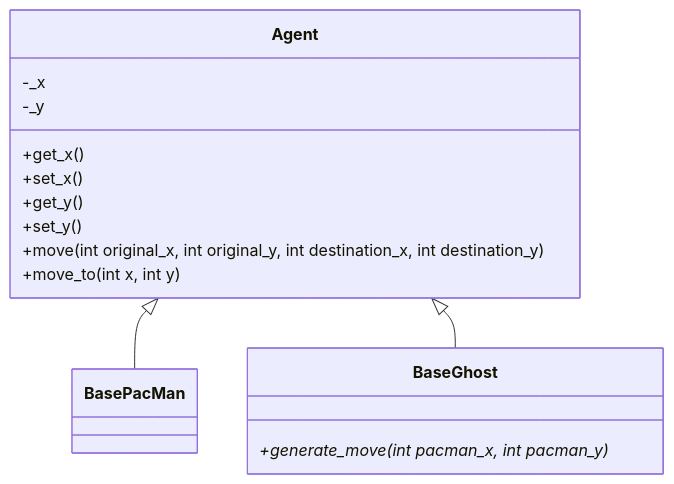
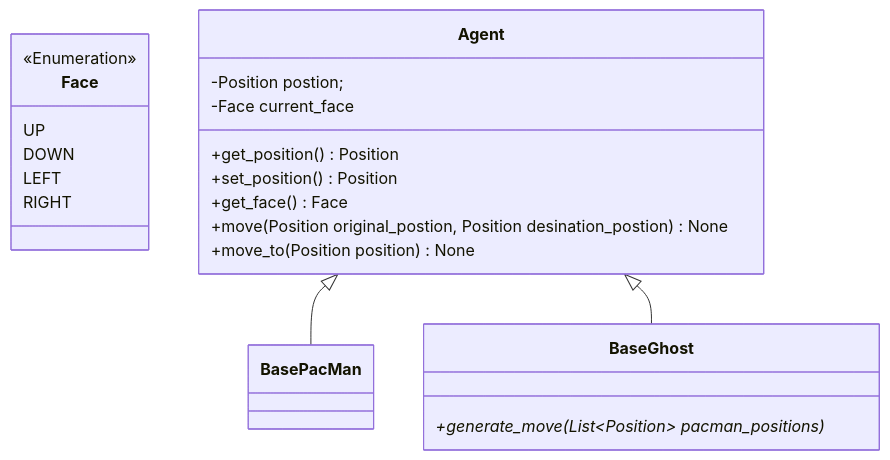
The second of 6 diagrams in core/structure.md (GrandTiger1729/pac-man), drawn with Mermaid before and after one commit. The commit also changed other lines of this file, not shown here.

````diff
--- a/core/structure.md
+++ b/core/structure.md
@@ -6,27 +21,34 @@
 ```mermaid
 classDiagram
 
+    class Face {
+        UP
+        DOWN
+        LEFT
+        RIGHT
+    }
+    <<Enumeration>> Face
+
     class Agent {
-        -_x
-        -_y
+        -Position postion;
+        -Face current_face
+        
+        +get_position() Position
+        +set_position() Position
+        +get_face() Face
 
-        +get_x()
-        +set_x()
-        +get_y()
-        +set_y()
-        
-        +move(int original_x, int original_y, int destination_x, int destination_y)
-        +move_to(int x, int y)
+        +move(Position original_postion, Position desination_postion) None
+        +move_to(Position position) None
     }
 
     class BasePacMan {
 
     }
     class BaseGhost {
-        +generate_move(int pacman_x, int pacman_y)*
+        +generate_move(List~Position~ pacman_positions)*
     }
 
     Agent <|-- BasePacMan
     Agent <|-- BaseGhost
 
 ```
````
